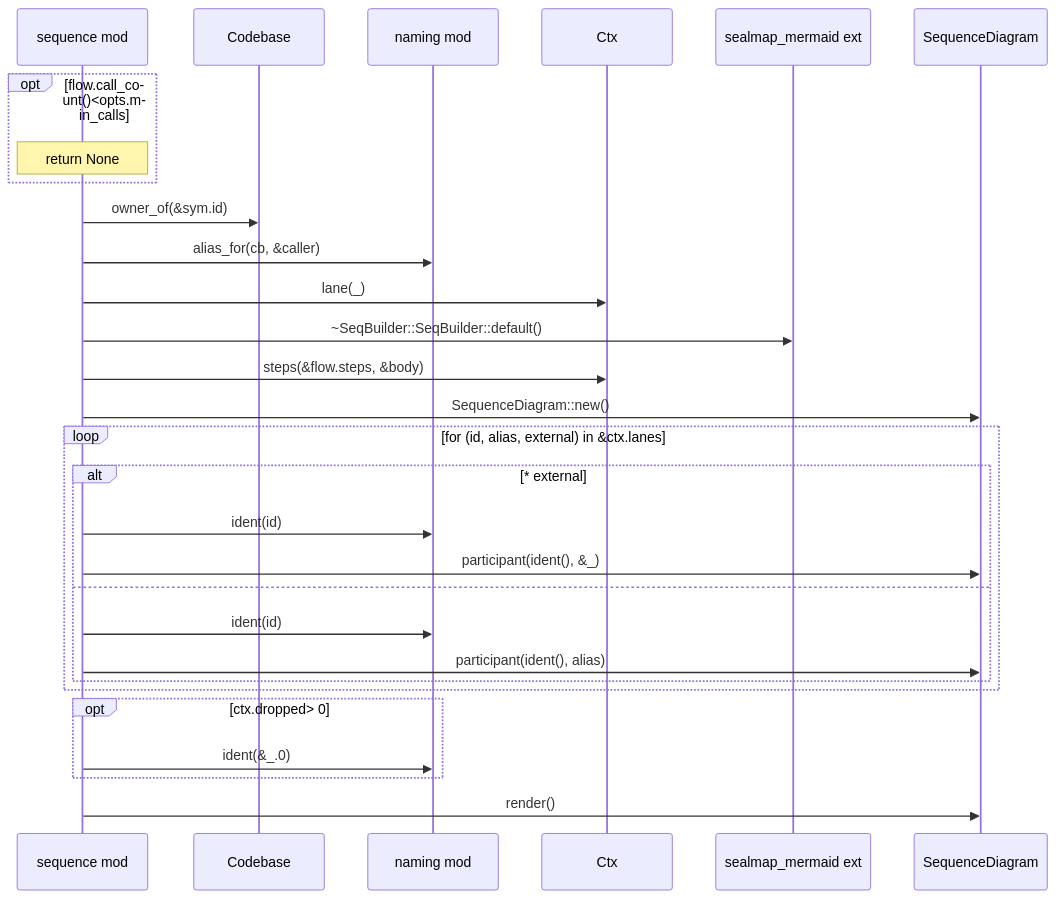
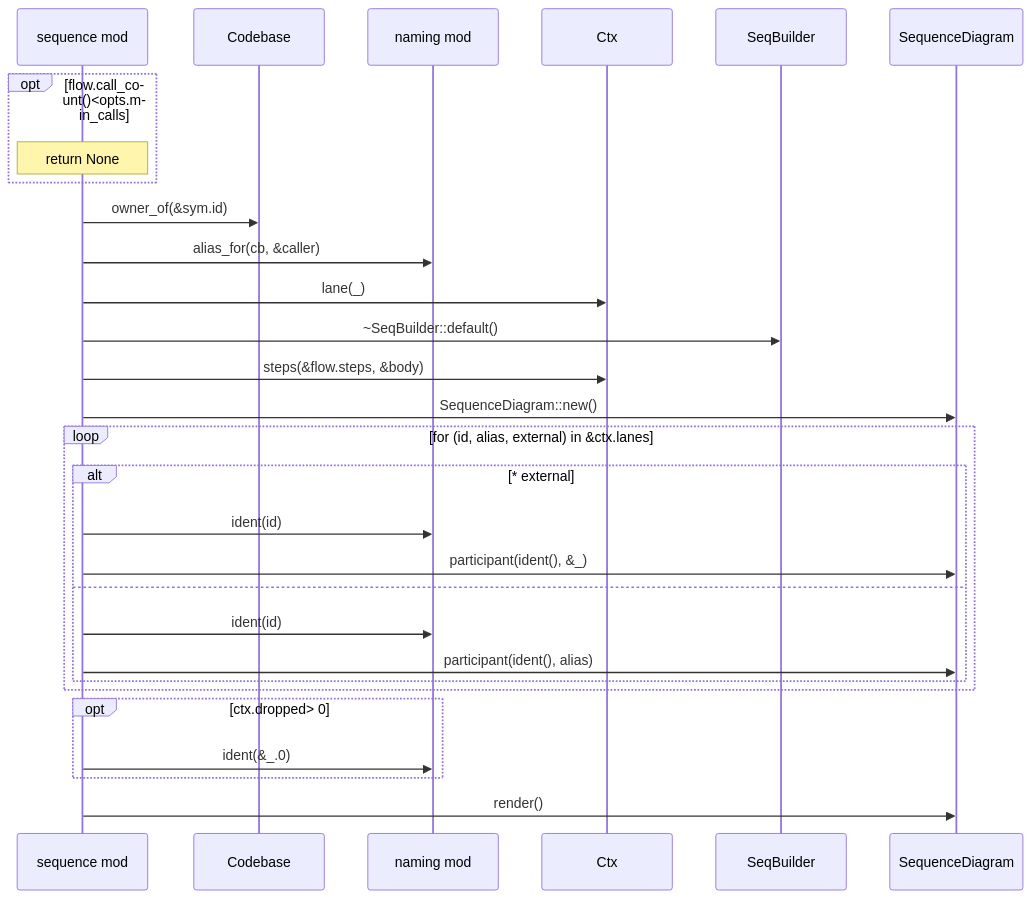
Before and after one commit to DreamLab-AI/codemaid: the second of 4 diagrams in docs/sealmap/crates/sealmap-corpus/src/sequence.rs.md, drawn with Mermaid. The commit also changed other lines of this file and 29 other files, not shown here.

````diff
--- a/docs/sealmap/crates/sealmap-corpus/src/sequence.rs.md
+++ b/docs/sealmap/crates/sealmap-corpus/src/sequence.rs.md
@@ -83,31 +83,31 @@
 ```mermaid
 sequenceDiagram
   participant sealmap_corpus__sequence as sequence mod
   participant sealmap_model__codebase___tCodebase as Codebase
   participant sealmap_corpus__naming as naming mod
   participant sealmap_corpus__sequence___tCtx as Ctx
-  participant _sealmap_mermaid as sealmap_mermaid ext
+  participant sealmap_mermaid__sequence___tSeqBuilder as SeqBuilder
   participant sealmap_mermaid__sequence___tSequenceDiagram as SequenceDiagram
   opt flow.call_count()<opts.min_calls
     Note over sealmap_corpus__sequence: return None
   end
   sealmap_corpus__sequence->>sealmap_model__codebase___tCodebase: owner_of(&sym.id)
   sealmap_corpus__sequence->>sealmap_corpus__naming: alias_for(cb, &caller)
   sealmap_corpus__sequence->>sealmap_corpus__sequence___tCtx: lane(_)
-  sealmap_corpus__sequence->>_sealmap_mermaid: ~SeqBuilder::SeqBuilder::default()
+  sealmap_corpus__sequence->>sealmap_mermaid__sequence___tSeqBuilder: ~SeqBuilder::default()
   sealmap_corpus__sequence->>sealmap_corpus__sequence___tCtx: steps(&flow.steps, &body)
   sealmap_corpus__sequence->>sealmap_mermaid__sequence___tSequenceDiagram: SequenceDiagram::new()
   loop for (id, alias, external) in &ctx.lanes
     alt * external
       sealmap_corpus__sequence->>sealmap_corpus__naming: ident(id)
       sealmap_corpus__sequence->>sealmap_mermaid__sequence___tSequenceDiagram: participant(ident(), &_)
     else
       sealmap_corpus__sequence->>sealmap_corpus__naming: ident(id)
       sealmap_corpus__sequence->>sealmap_mermaid__sequence___tSequenceDiagram: participant(ident(), alias)
     end
   end
   opt ctx.dropped> 0
     sealmap_corpus__sequence->>sealmap_corpus__naming: ident(&_.0)
   end
   sealmap_corpus__sequence->>sealmap_mermaid__sequence___tSequenceDiagram: render()
 ```
````
